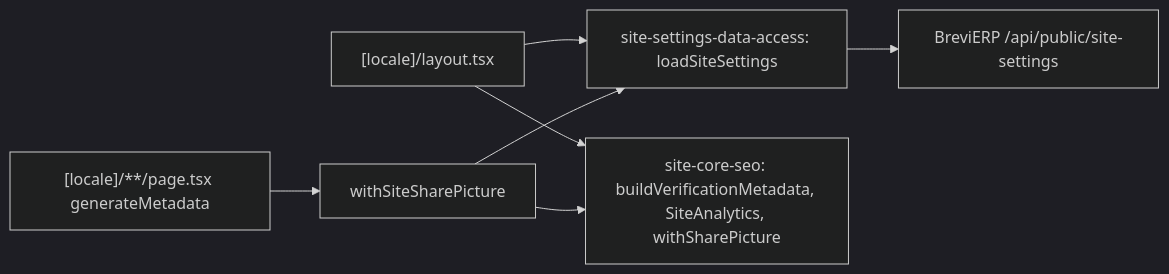
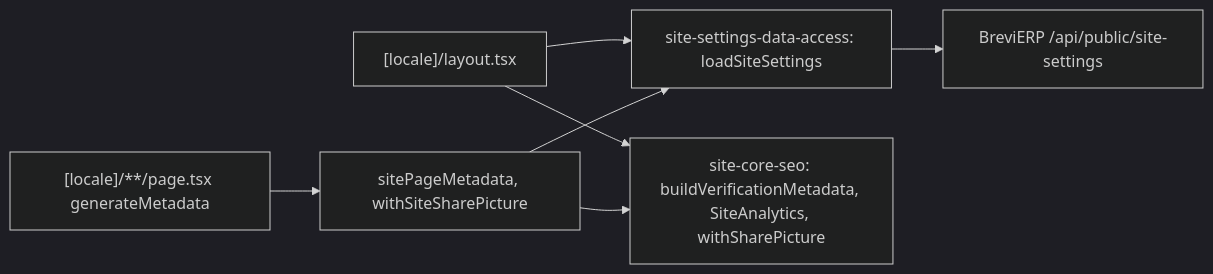
Before and after one commit to Weretik/brevi-web: the diagram in docs/features/site/seo-settings.md, drawn with Mermaid (dark theme). The commit also changed other lines of this file and 57 other files, not shown here.

````diff
--- a/docs/features/site/seo-settings.md
+++ b/docs/features/site/seo-settings.md
@@ -14,9 +15,9 @@
 ```mermaid
 flowchart LR
   Layout["[locale]/layout.tsx"] --> Data["site-settings-data-access: loadSiteSettings"]
-  Pages["[locale]/**/page.tsx generateMetadata"] --> Share["withSiteSharePicture"]
+  Pages["[locale]/**/page.tsx generateMetadata"] --> Share["sitePageMetadata, withSiteSharePicture"]
   Share --> Data
   Layout --> Seo["site-core-seo: buildVerificationMetadata, SiteAnalytics, withSharePicture"]
   Share --> Seo
   Data --> Api["BreviERP /api/public/site-settings"]
 ```
````
